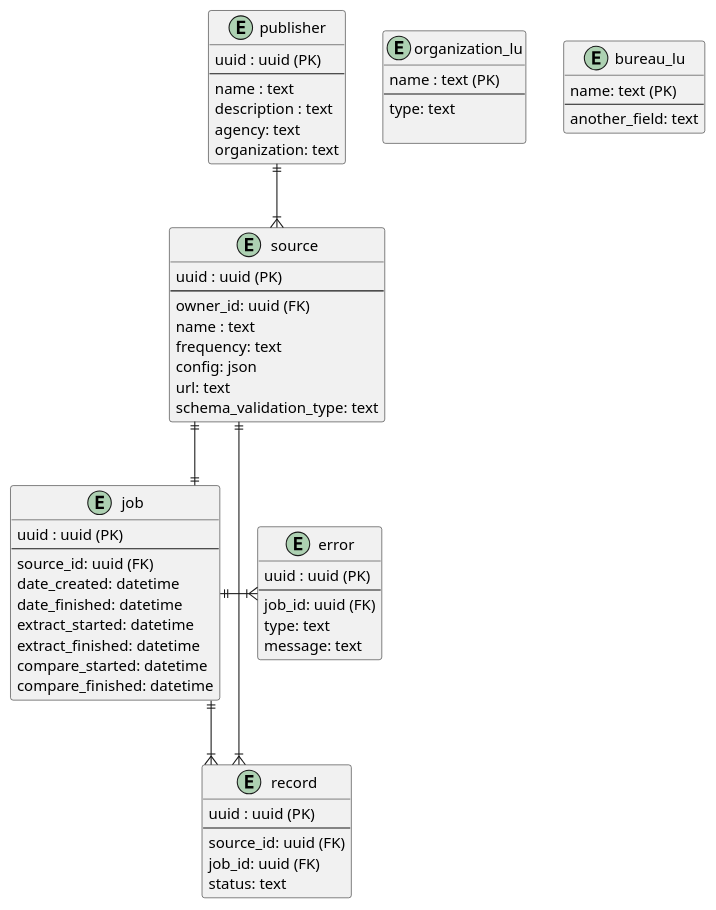
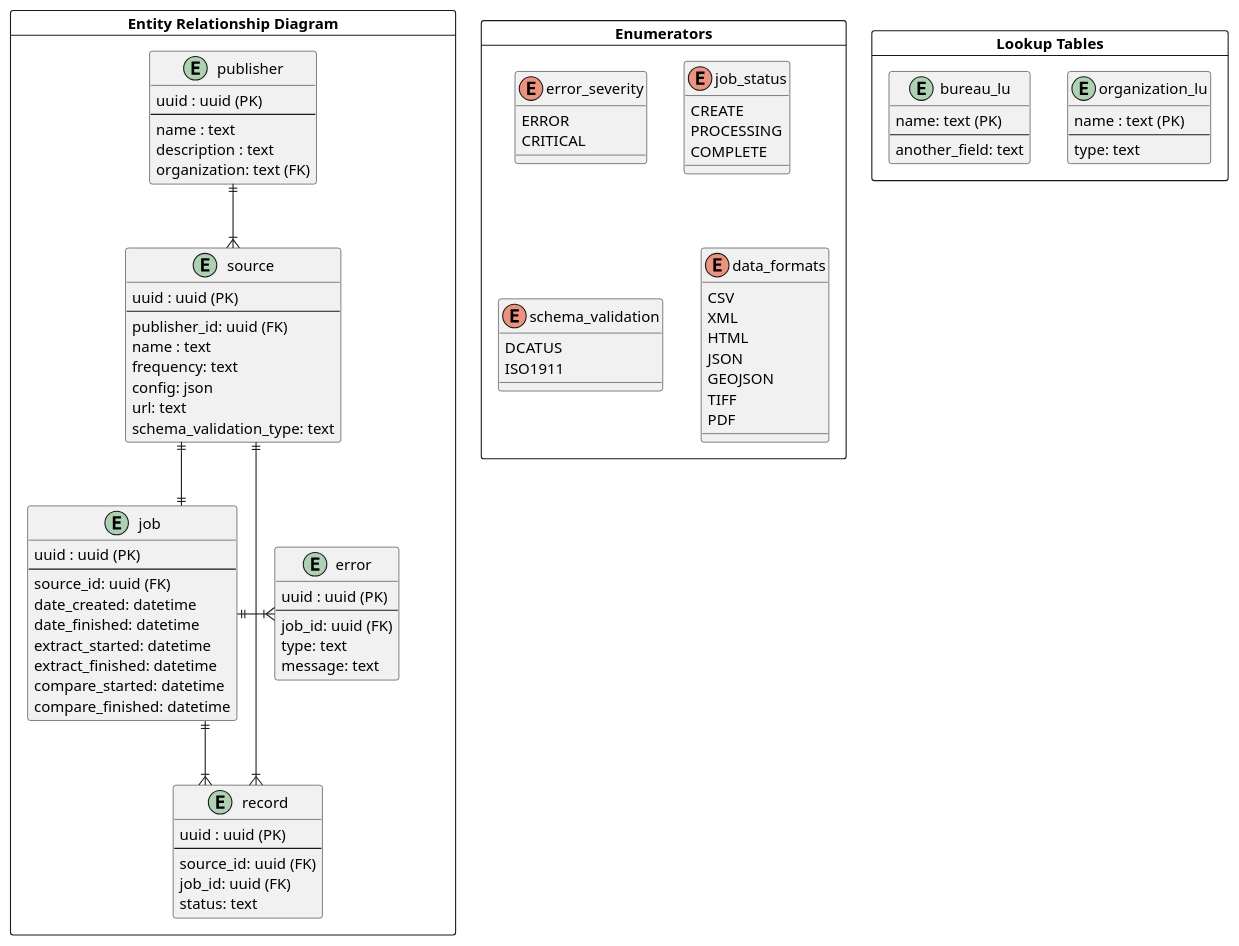
The diagram in docs/diagrams/src/erd.plantuml (GSA/datagov-harvester), drawn with PlantUML before and after one commit.

Commit message:
reorganize.

```diff
--- a/docs/diagrams/src/erd.plantuml
+++ b/docs/diagrams/src/erd.plantuml
@@ -1,75 +1,110 @@
 @startuml harvester2.0 ERD 
 
 skinparam linetype ortho
 
-' entities
-entity "publisher" as owner  {
-  uuid : uuid (PK)
-  --
-  name : text
-  description : text
-  agency: text
-  organization: text
+' ERD
+card "Entity Relationship Diagram" as entities {
+  entity "publisher" as publisher  {
+    uuid : uuid (PK)
+    --
+    name : text
+    description : text
+    organization: text (FK)
+  }
+
+  entity "source" as source {
+    uuid : uuid (PK)
+    --
+    publisher_id: uuid (FK)
+    name : text
+    frequency: text
+    config: json
+    url: text
+    schema_validation_type: text
+  }
+
+  entity "record" as record {
+    uuid : uuid (PK)
+    --
+    source_id: uuid (FK)
+    job_id: uuid (FK)
+    status: text
+  }
+
+  entity "job" as job {
+    uuid : uuid (PK)
+    --
+    source_id: uuid (FK)
+    date_created: datetime
+    date_finished: datetime
+    extract_started: datetime
+    extract_finished: datetime
+    compare_started: datetime 
+    compare_finished: datetime
+  }
+
+  entity "error" as error {
+    uuid : uuid (PK)
+    --
+    job_id: uuid (FK)
+    type: text
+    message: text
+  }
 }
 
-entity "source" as source {
-  uuid : uuid (PK)
-  --
-  owner_id: uuid (FK)
-  name : text
-  frequency: text
-  config: json
-  url: text
-  schema_validation_type: text
-}
+' lookup tables
+card "Lookup Tables" as lookup {
 
-entity "record" as record {
-  uuid : uuid (PK)
-  --
-  source_id: uuid (FK)
-  job_id: uuid (FK)
-  status: text
-}
-
-entity "job" as job {
-  uuid : uuid (PK)
-  --
-  source_id: uuid (FK)
-  date_created: datetime
-  date_finished: datetime
-  extract_started: datetime
-  extract_finished: datetime
-  compare_started: datetime 
-  compare_finished: datetime
-}
-
-entity "error" as error {
-  uuid : uuid (PK)
-  --
-  job_id: uuid (FK)
-  type: text
-  message: text
-}
-
-' lookups
-entity "organization_lu" as organization_lu {
+  entity "organization_lu" as organization_lu {
   name : text (PK)
   --
   type: text 
-  
-}
+  }
 
 entity "bureau_lu" as bureau_lu {
   name: text (PK)
   --
   another_field: text
+  }
+
 }
 
+' enumerators
+card "Enumerators" as enumerators {
+
+  enum error_severity {
+  ERROR
+  CRITICAL
+  }
+
+  enum job_status {
+  CREATE
+  PROCESSING
+  COMPLETE
+  }
+
+  enum schema_validation {
+  DCATUS
+  ISO1911
+  }
+
+  enum data_formats {
+    CSV
+    XML 
+    HTML
+    JSON
+    GEOJSON
+    TIFF
+    PDF
+  }
+  
+} 
+
 ' relationships
-owner  ||--|{ source
+publisher  ||--|{ source
 source ||--|| job
 source ||--|{ record
 job ||--|{ record
 job ||-|{ error
 
 @enduml
```
